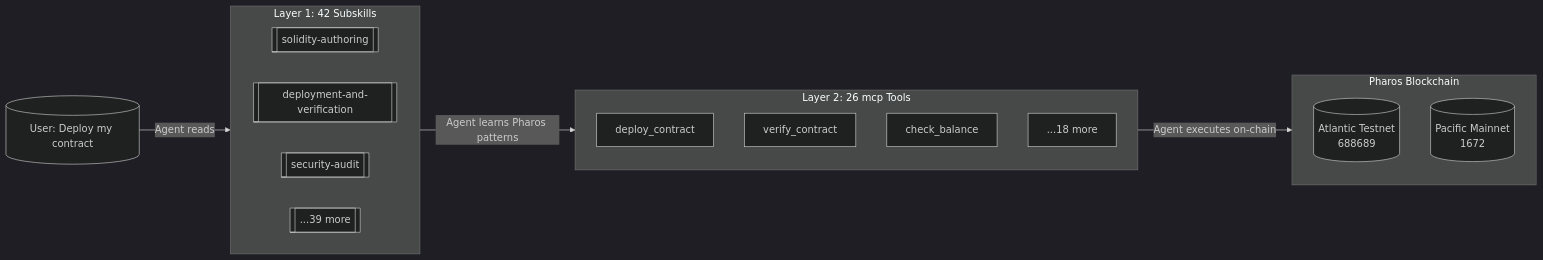
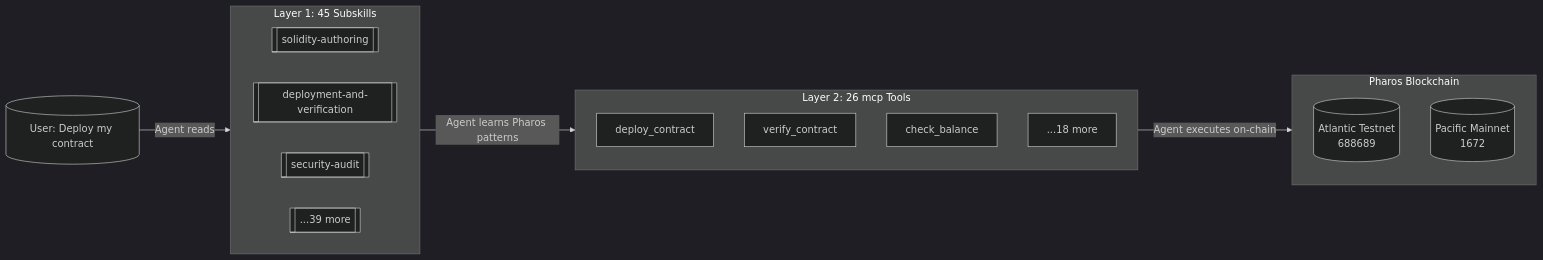
Before and after one commit to tejas0111/Pharos: the diagram in docs/submission.md, drawn with Mermaid (dark theme). The commit also changed other lines of this file and 8 other files, not shown here.

````diff
--- a/docs/submission.md
+++ b/docs/submission.md
@@ -114,23 +119,23 @@
 ```mermaid
 flowchart LR
-    subgraph L1["Layer 1: 42 Subskills"]
+    subgraph L1["Layer 1: 45 Subskills"]
         direction LR
         S1[[solidity-authoring]]
         S2[[deployment-and-verification]]
         S3[[security-audit]]
         S4[[...39 more]]
     end
     subgraph L2["Layer 2: 26 mcp Tools"]
         T1[deploy_contract]
         T2[verify_contract]
         T3[check_balance]
         T4[...18 more]
     end
     subgraph BC["Pharos Blockchain"]
         AT[("Atlantic Testnet<br/>688689")]
         PM[("Pacific Mainnet<br/>1672")]
     end
     REQ[("User: Deploy my contract")] -->|"Agent reads"| L1
     L1 -->|"Agent learns Pharos patterns"| L2
     L2 -->|"Agent executes on-chain"| BC
 ```
````
